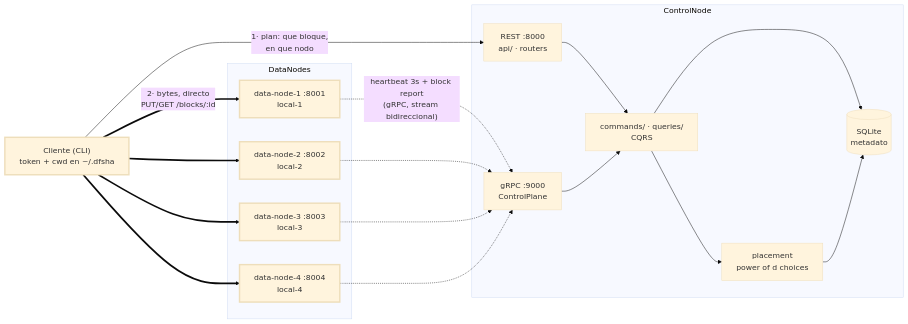
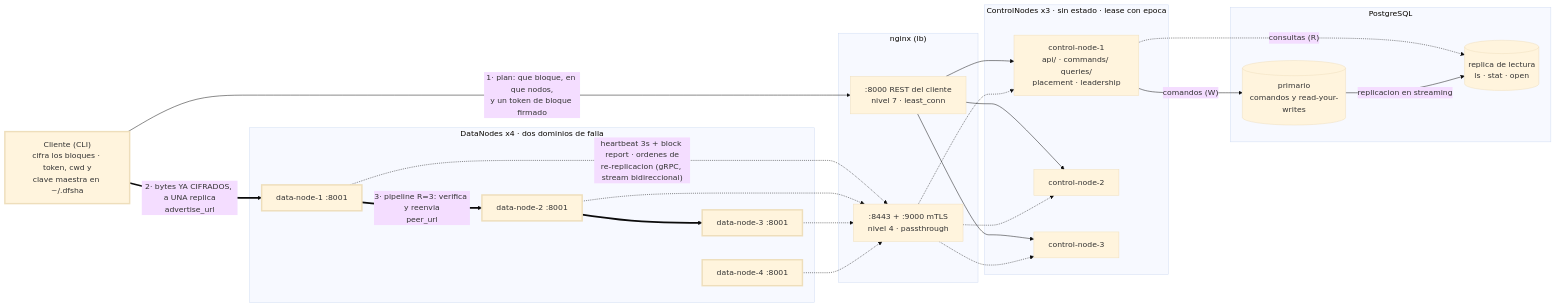
The first of 2 diagrams in README.md (tsepulvedf/DFSha-Telematica-), drawn with Mermaid (base theme) before and after one commit. The commit also changed other lines of this file, not shown here.

Commit message:
docs: el README describia el hito 2 en el diagrama y en el plano interno
- El diagrama Mermaid tenia SQLite, un solo ControlNode y ningun pipeline. Reescrito
  entero al hito 3: tres ControlNodes sin estado tras nginx (nivel 7 para el REST del
  cliente, nivel 4 para el mTLS), PostgreSQL primario con replica de lectura sirviendo el
  lado de consulta de CQRS, y el pipeline R=3 entre DataNodes con las dos direcciones
  (advertise_url del cliente, peer_url de los pares). VERIFICADO renderizandolo con
  mermaid-cli, no leyendolo: SVG de 40 KB sin errores de sintaxis.
- /internal/v1 decia "exige X-DFSha-Internal-Secret ... En la Etapa 3 pasa a mTLS". Esa
  cabecera no existe en src/ desde el Bloque C: ahora describe el mTLS real y su puerto
  propio, con el motivo (un secreto no dice QUIEN esta al otro lado).
- El rango de migraciones pasa de 0001-0007 a 0001-0008 (alembic heads: 0008).
- Coherencia: el stream bidireccional ya no "mandara" las ordenes de re-replicacion en
  futuro; las manda, y son dos casos del oneof (ReplicateBlock, DeleteBlock).

````diff
--- a/README.md
+++ b/README.md
@@ -245,38 +245,51 @@
 ```mermaid
 flowchart LR
-    CLI["Cliente (CLI)<br/>token + cwd en ~/.dfsha"]
+    CLI["Cliente (CLI)<br/>cifra los bloques · token, cwd y<br/>clave maestra en ~/.dfsha"]
 
-    subgraph control["ControlNode"]
-        REST["REST :8000<br/>api/ · routers"]
-        GRPC["gRPC :9000<br/>ControlPlane"]
-        CMD["commands/ · queries/<br/>CQRS"]
-        PLACE["placement<br/>power of d choices"]
-        DB[("SQLite<br/>metadato")]
-        REST --> CMD
-        GRPC --> CMD
-        CMD --> PLACE
-        CMD --> DB
-        PLACE --> DB
+    subgraph lb["nginx (lb)"]
+        LB7[":8000 REST del cliente<br/>nivel 7 · least_conn"]
+        LB4[":8443 + :9000 mTLS<br/>nivel 4 · passthrough"]
     end
 
-    subgraph datos["DataNodes"]
-        DN1["data-node-1 :8001<br/>local-1"]
-        DN2["data-node-2 :8002<br/>local-2"]
-        DN3["data-node-3 :8003<br/>local-3"]
-        DN4["data-node-4 :8004<br/>local-4"]
+    subgraph control["ControlNodes x3 · sin estado · lease con epoca"]
+        CN1["control-node-1<br/>api/ · commands/ queries/<br/>placement · leadership"]
+        CN2["control-node-2"]
+        CN3["control-node-3"]
     end
 
-    CLI -- "1· plan: que bloque,<br/>en que nodo" --> REST
-    CLI == "2· bytes, directo<br/>PUT/GET /blocks/:id" ==> DN1
-    CLI == " " ==> DN2
-    CLI == " " ==> DN3
-    CLI == " " ==> DN4
+    subgraph meta["PostgreSQL"]
+        PGP[("primario<br/>comandos y read-your-writes")]
+        PGR[("replica de lectura<br/>ls · stat · open")]
+    end
 
-    DN1 -. "heartbeat 3s + block report<br/>(gRPC, stream bidireccional)" .-> GRPC
-    DN2 -. " " .-> GRPC
-    DN3 -. " " .-> GRPC
-    DN4 -. " " .-> GRPC
+    subgraph datos["DataNodes x4 · dos dominios de falla"]
+        DN1["data-node-1 :8001"]
+        DN2["data-node-2 :8001"]
+        DN3["data-node-3 :8001"]
+        DN4["data-node-4 :8001"]
+    end
+
+    CLI -- "1· plan: que bloque, en que nodos,<br/>y un token de bloque firmado" --> LB7
+    LB7 --> CN1
+    LB7 --> CN2
+    LB7 --> CN3
+
+    CLI == "2· bytes YA CIFRADOS, a UNA replica<br/>advertise_url" ==> DN1
+    DN1 == "3· pipeline R=3: verifica y reenvia<br/>peer_url" ==> DN2
+    DN2 ==> DN3
+
+    DN1 -. "heartbeat 3s + block report · ordenes de<br/>re-replicacion (gRPC, stream bidireccional)" .-> LB4
+    DN2 -. " " .-> LB4
+    DN3 -. " " .-> LB4
+    DN4 -. " " .-> LB4
+    LB4 -.-> CN1
+    LB4 -.-> CN2
+    LB4 -.-> CN3
+
+    CN1 -- "comandos (W)" --> PGP
+    CN1 -. "consultas (R)" .-> PGR
+    PGP -- "replicacion en streaming" --> PGR
 
     classDef bytes stroke-width:3px
     class CLI,DN1,DN2,DN3,DN4 bytes
 ```
````
